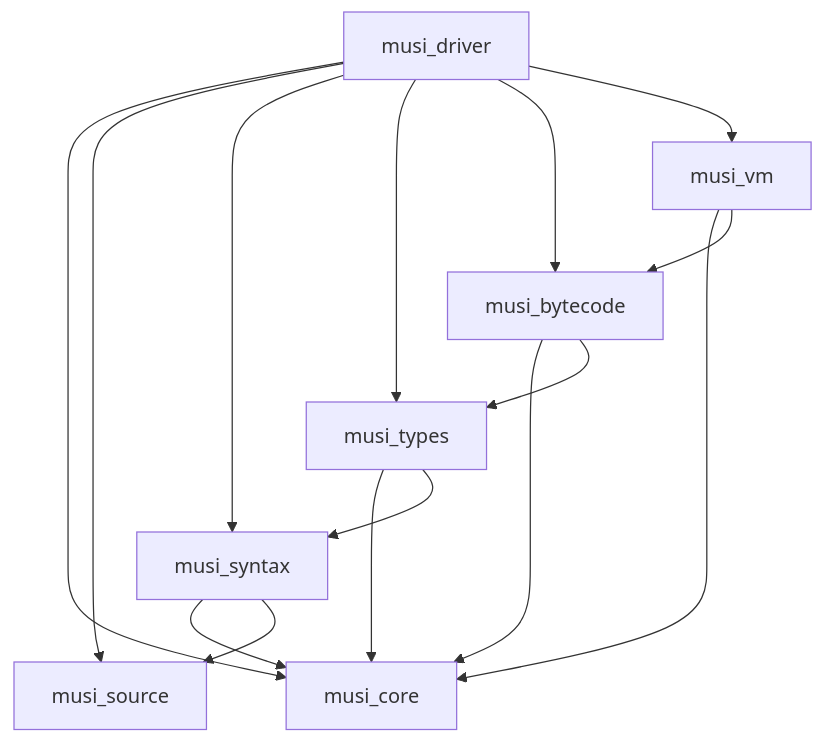
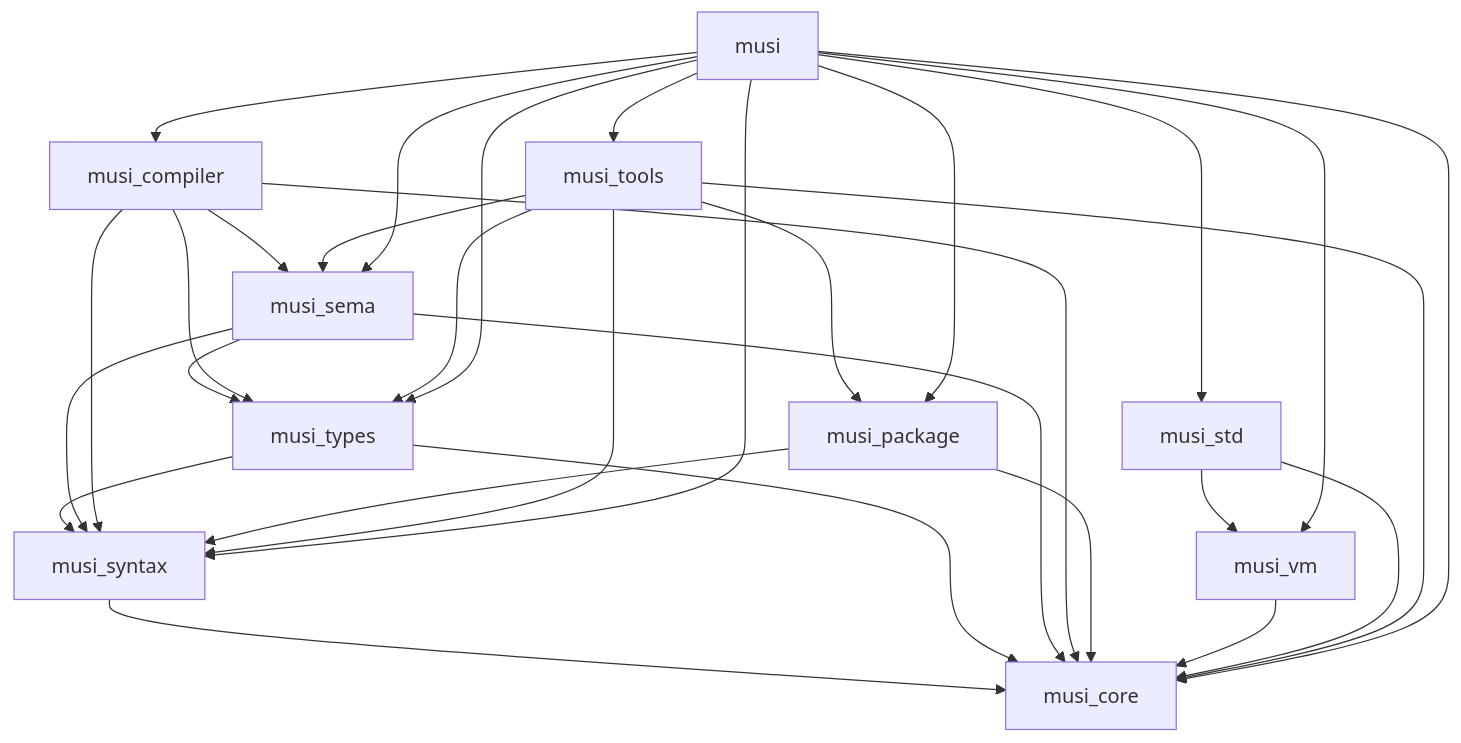
The diagram in docs/ARCHITECTURE.md (musi-lang/musi), drawn with Mermaid before and after one commit. The commit also changed other lines of this file and 8 other files, not shown here.

````diff
--- a/docs/ARCHITECTURE.md
+++ b/docs/ARCHITECTURE.md
@@ -198,25 +224,43 @@
 ```mermaid
 flowchart TD
     L1[musi_core]
-    L2[musi_source]
-    L3[musi_syntax]
-    L4[musi_types]
-    L5[musi_bytecode]
-    L6[musi_vm]
-    L7[musi_driver]
+    L2[musi_syntax]
+    L3[musi_types]
+    L4[musi_sema]
+    L5[musi_compiler]
+    L6[musi_package]
+    L7[musi_vm]
+    L8[musi_std]
+    L9[musi_tools]
+    L10[musi]
 
+    L2 --> L1
     L3 --> L1
     L3 --> L2
     L4 --> L1
+    L4 --> L2
     L4 --> L3
     L5 --> L1
+    L5 --> L2
+    L5 --> L3
     L5 --> L4
     L6 --> L1
-    L6 --> L5
+    L6 --> L2
     L7 --> L1
-    L7 --> L2
-    L7 --> L3
-    L7 --> L4
-    L7 --> L5
-    L7 --> L6
+    L8 --> L1
+    L8 --> L7
+    L9 --> L1
+    L9 --> L2
+    L9 --> L3
+    L9 --> L4
+    L9 --> L6
+    L10 --> L1
+    L10 --> L2
+    L10 --> L3
+    L10 --> L4
+    L10 --> L5
+    L10 --> L6
+    L10 --> L7
+    L10 --> L8
+    L10 --> L9
 ```
````
